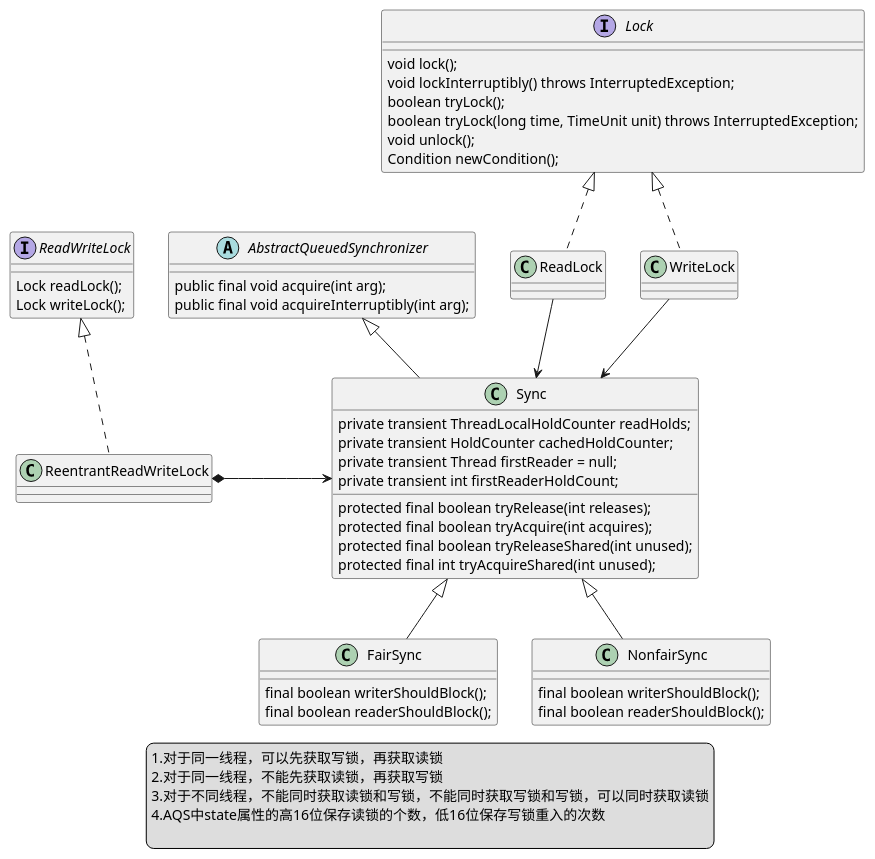
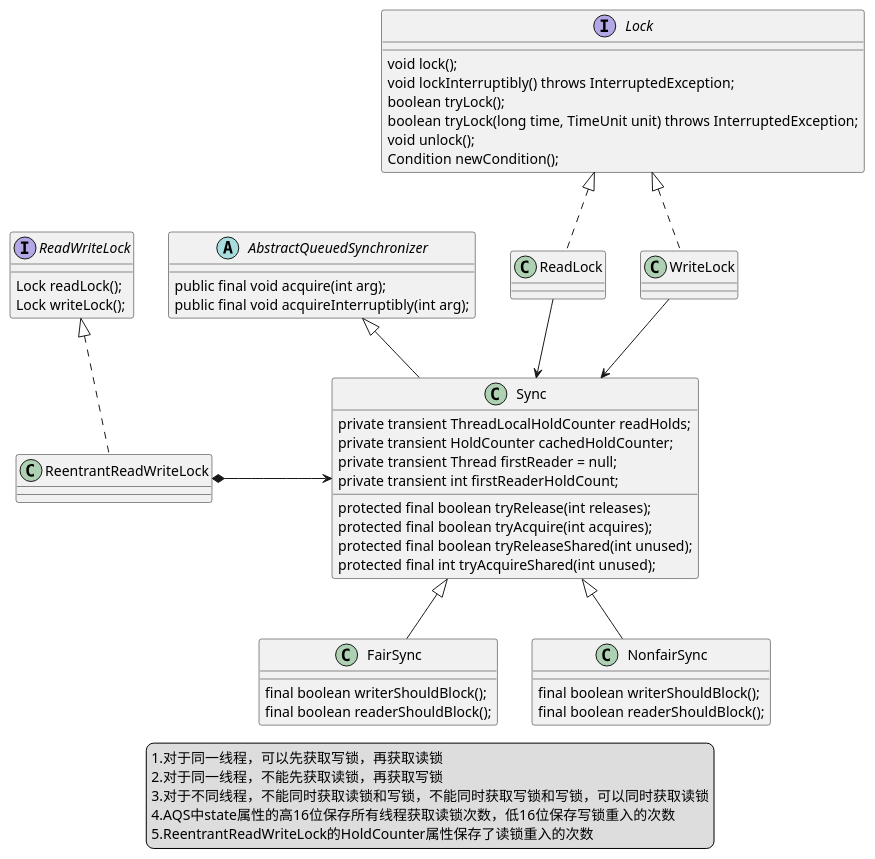
One commit to newbigTech/myDesignPattern changed the diagram in uml/AQS/reentrantReadWriteLock-class.puml. Above: the diagram before and after it, drawn with PlantUML.

Commit message:
uml图

```diff
--- a/uml/AQS/reentrantReadWriteLock-class.puml
+++ b/uml/AQS/reentrantReadWriteLock-class.puml
@@ -1,69 +1,69 @@
 @startuml
 interface Lock{
     void lock();
     void lockInterruptibly() throws InterruptedException;
     boolean tryLock();
     boolean tryLock(long time, TimeUnit unit) throws InterruptedException;
     void unlock();
     Condition newCondition();
 }
 
 interface ReadWriteLock {
     Lock readLock();
     Lock writeLock();
 }
 
 class ReentrantReadWriteLock{
 
 }
 
 abstract class AbstractQueuedSynchronizer{
     public final void acquire(int arg);
     public final void acquireInterruptibly(int arg);
 }
 class Sync{
         private transient ThreadLocalHoldCounter readHolds;
         private transient HoldCounter cachedHoldCounter;
         private transient Thread firstReader = null;
         private transient int firstReaderHoldCount;
         protected final boolean tryRelease(int releases);
         protected final boolean tryAcquire(int acquires);
         protected final boolean tryReleaseShared(int unused);
         protected final int tryAcquireShared(int unused);
 }
 class FairSync {
     final boolean writerShouldBlock();
     final boolean readerShouldBlock();
 }
 
 class NonfairSync {
     final boolean writerShouldBlock();
     final boolean readerShouldBlock();
 }
 
 class ReadLock {
 
 }
 class WriteLock {
 
 }
 ReadWriteLock <|.. ReentrantReadWriteLock
 Lock <|.. ReadLock
 Lock <|.. WriteLock
 
 AbstractQueuedSynchronizer <|-- Sync
 Sync <|-- FairSync
 Sync <|-- NonfairSync
 ReadLock --> Sync
 WriteLock --> Sync
 ReentrantReadWriteLock *-> Sync
 
 
 legend center
     1.对于同一线程，可以先获取写锁，再获取读锁
     2.对于同一线程，不能先获取读锁，再获取写锁
     3.对于不同线程，不能同时获取读锁和写锁，不能同时获取写锁和写锁，可以同时获取读锁
-    4.AQS中state属性的高16位保存读锁的个数，低16位保存写锁重入的次数
-
+    4.AQS中state属性的高16位保存所有线程获取读锁次数，低16位保存写锁重入的次数
+    5.ReentrantReadWriteLock的HoldCounter属性保存了读锁重入的次数
 end legend
 @enduml
```
